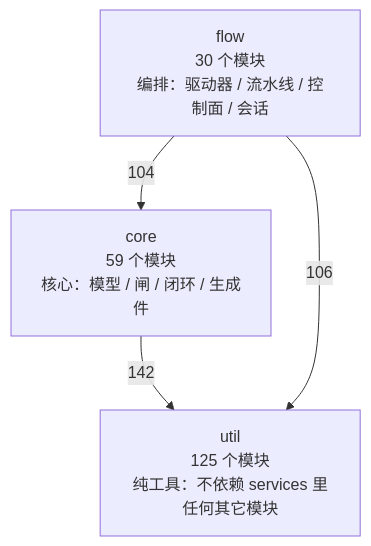
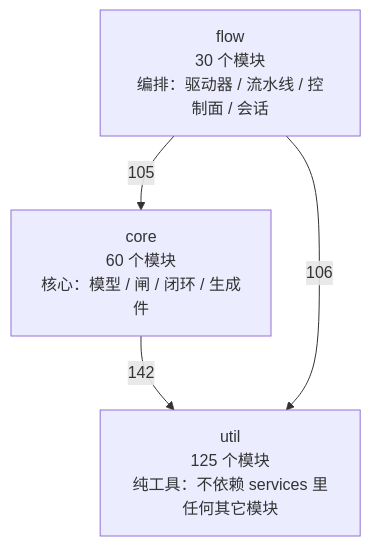
Before and after one commit to 2686521696/WhyBuddy: the first of 4 diagrams in docs/SlideRule V6.2 架构图（自动生成）.md, drawn with Mermaid. The commit also changed other lines of this file and 10 other files, not shown here.

````diff
--- a/docs/SlideRule V6.2 架构图（自动生成）.md
+++ b/docs/SlideRule V6.2 架构图（自动生成）.md
@@ -48,9 +48,9 @@
 ```mermaid
 flowchart TB
   util["util<br/>125 个模块<br/>纯工具：不依赖 services 里任何其它模块"]
-  core["core<br/>59 个模块<br/>核心：模型 / 闸 / 闭环 / 生成件"]
+  core["core<br/>60 个模块<br/>核心：模型 / 闸 / 闭环 / 生成件"]
   flow["flow<br/>30 个模块<br/>编排：驱动器 / 流水线 / 控制面 / 会话"]
   core -->|142| util
-  flow -->|104| core
+  flow -->|105| core
   flow -->|106| util
 ```
````
